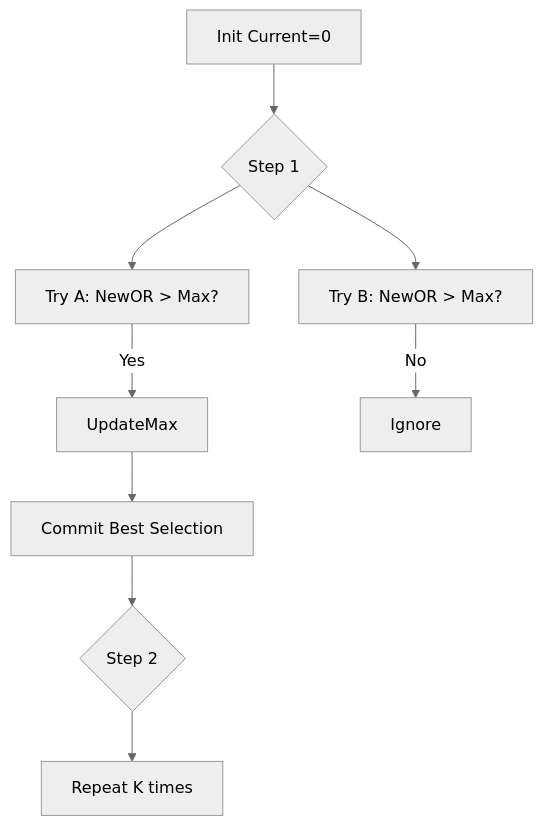
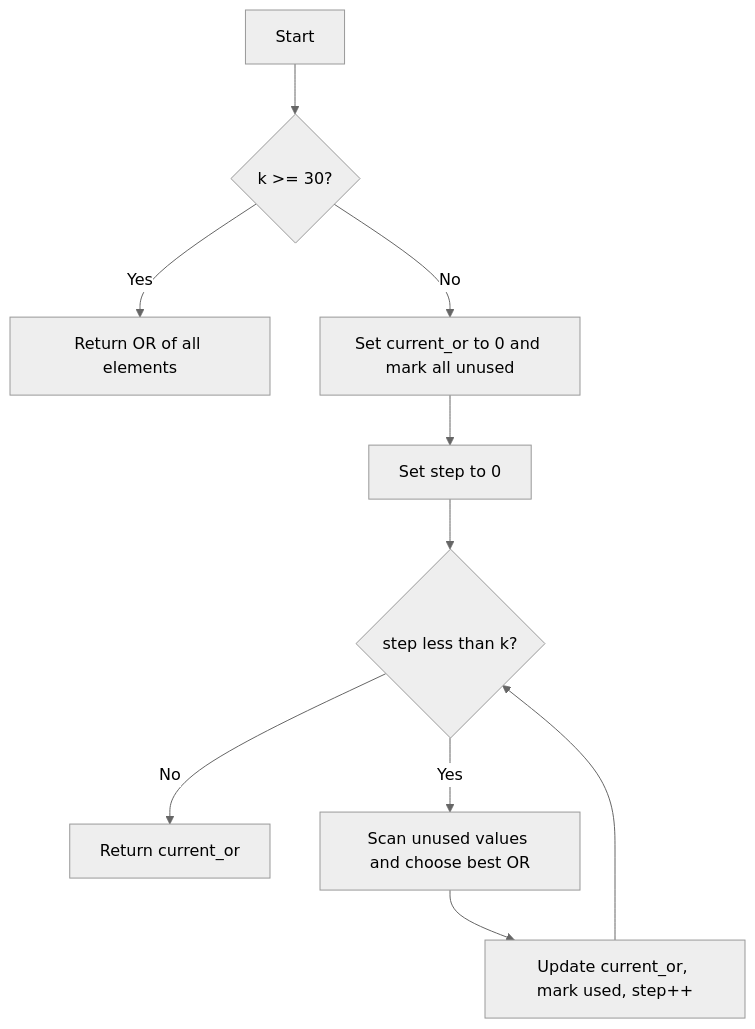
Before and after one commit to GundalaNikhil/DSA: the diagram in dsa-problems/Bitwise/editorials/BIT-008-maximize-or-k-picks.md, drawn with Mermaid (neutral theme). The commit also changed other lines of this file and 429 other files, not shown here.

````diff
--- a/dsa-problems/Bitwise/editorials/BIT-008-maximize-or-k-picks.md
+++ b/dsa-problems/Bitwise/editorials/BIT-008-maximize-or-k-picks.md
@@ -62,11 +64,12 @@
 ```mermaid
-graph TD
-    Start[Init Current=0] --> Iter1{Step 1}
-    Iter1 --> CheckA[Try A: NewOR > Max?]
-    Iter1 --> CheckB[Try B: NewOR > Max?]
-    CheckA -- Yes --> UpdateMax
-    CheckB -- No --> Ignore
-    UpdateMax --> Commit[Commit Best Selection]
-    Commit --> Iter2{Step 2}
-    Iter2 --> Fin[Repeat K times]
+flowchart TD
+    A[Start] --> B{k >= 30?}
+    B -- Yes --> C[Return OR of all elements]
+    B -- No --> D[Set current_or to 0 and mark all unused]
+    D --> E[Set step to 0]
+    E --> F{step less than k?}
+    F -- No --> H[Return current_or]
+    F -- Yes --> G[Scan unused values and choose best OR]
+    G --> I[Update current_or, mark used, step++]
+    I --> F
 ```
````
